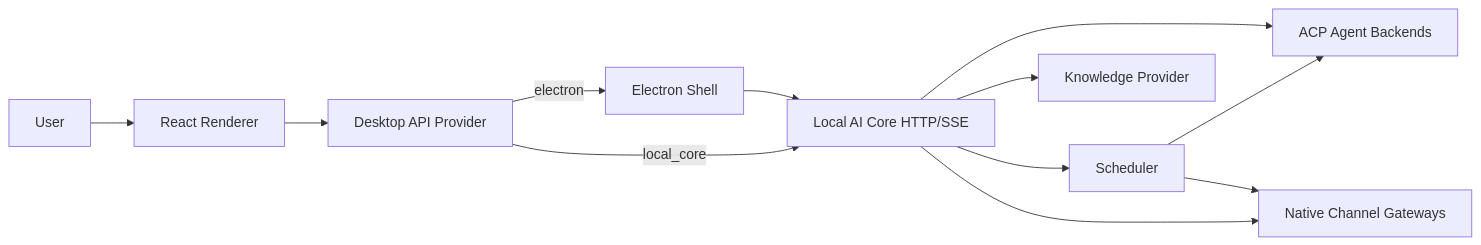
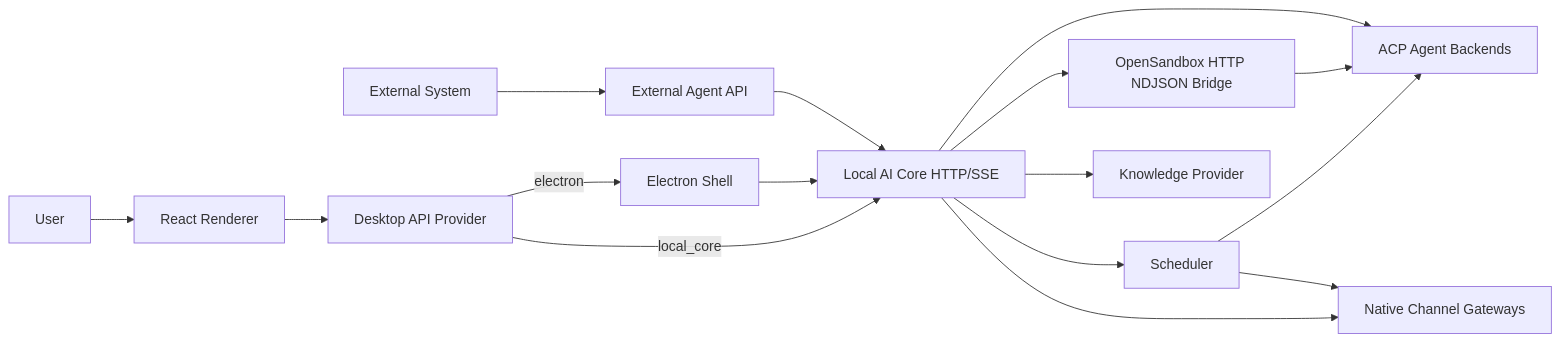
Before and after one commit to helloimcx/agentdock: the diagram in docs/architecture/overview.md, drawn with Mermaid. The commit also changed other lines of this file and 3 other files, not shown here.

````diff
--- a/docs/architecture/overview.md
+++ b/docs/architecture/overview.md
@@ -15,14 +16,18 @@
 ```mermaid
 flowchart LR
   U[User] --> R[React Renderer]
+  X[External System] --> EXT[External Agent API]
   R --> DP[Desktop API Provider]
   DP -->|electron| E[Electron Shell]
   DP -->|local_core| C[Local AI Core HTTP/SSE]
+  EXT --> C
   E --> C
   C --> ACP[ACP Agent Backends]
+  C --> SB[OpenSandbox HTTP NDJSON Bridge]
   C --> KB[Knowledge Provider]
   C --> SCHED[Scheduler]
   C --> CH[Native Channel Gateways]
+  SB --> ACP
   SCHED --> ACP
   SCHED --> CH
 ```
````
